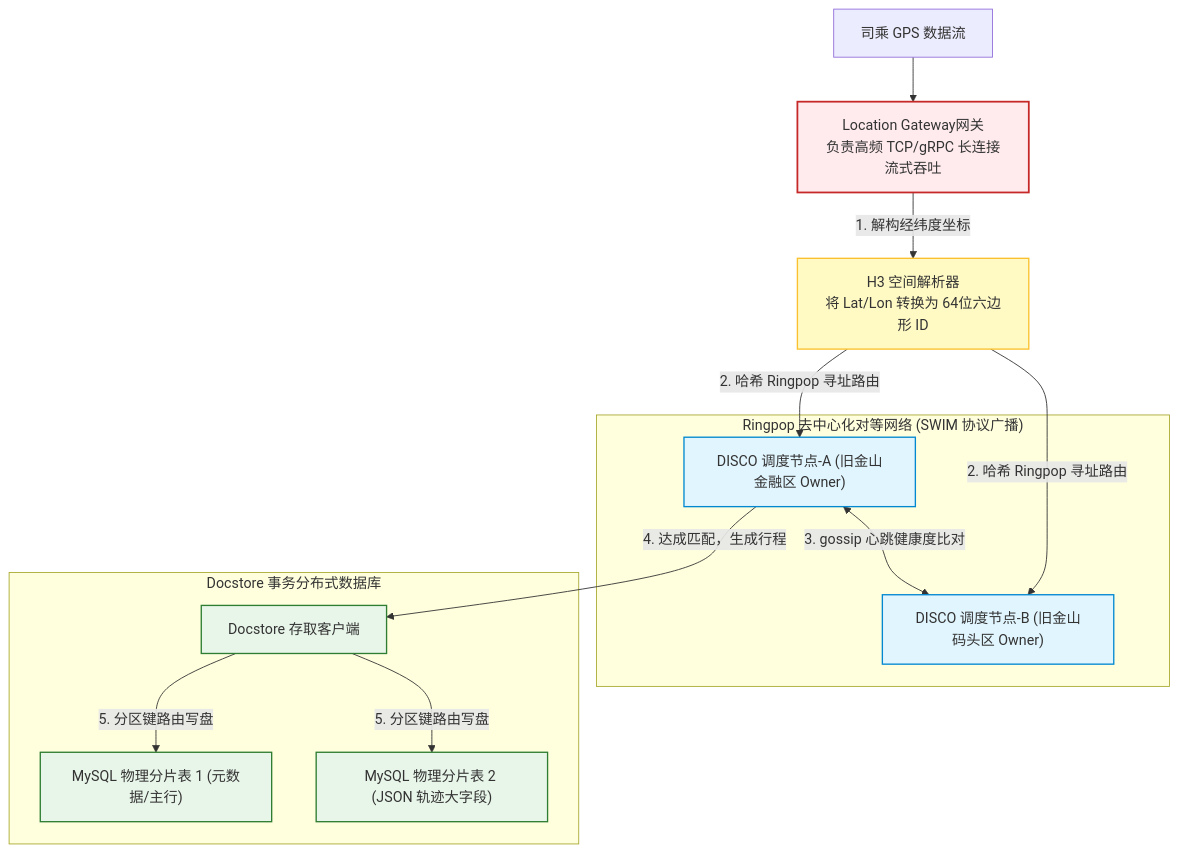
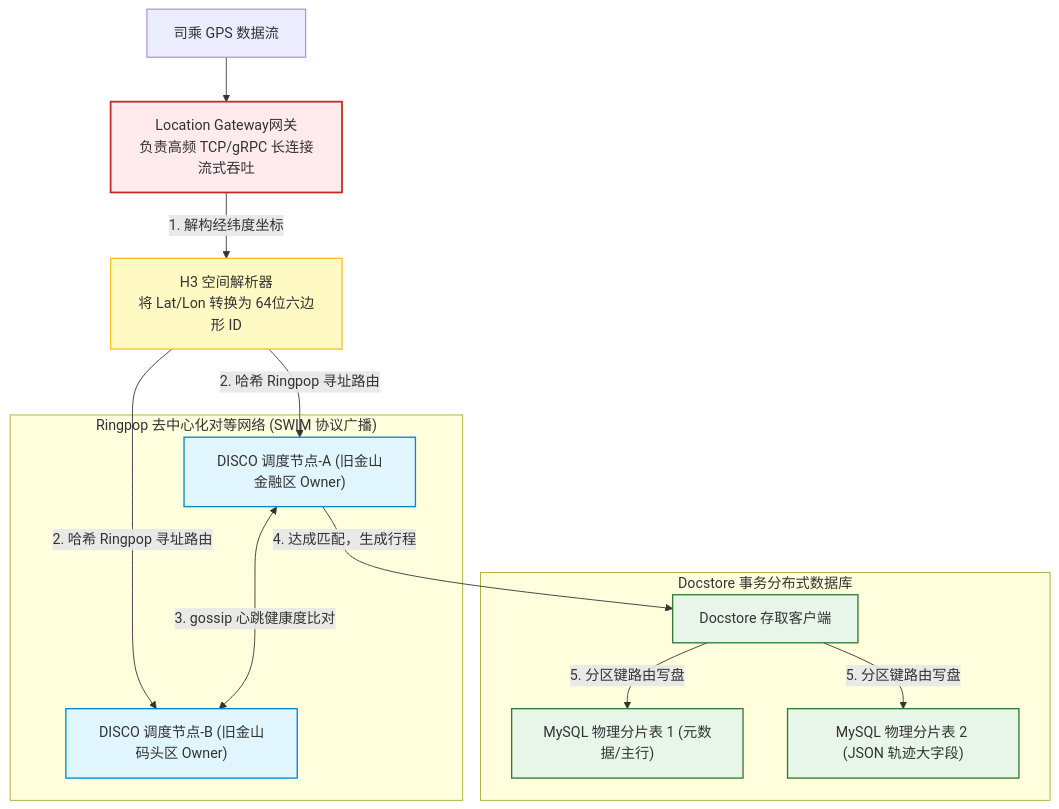
The third of 8 diagrams in docs/atlas/uber.mdx (koosai/AI-Architect-Learning), drawn with Mermaid before and after one commit. The commit also changed other lines of this file and 68 other files, not shown here.

Commit message:
fix(atlas): fix browser client-side Mermaid rendering for mindmaps and flowcharts across 67 case studies

````diff
--- a/docs/atlas/uber.mdx
+++ b/docs/atlas/uber.mdx
@@ -158,25 +158,25 @@
 ```mermaid
 graph TB
   classDef gateway fill:#ffebee,stroke:#c62828,stroke-width:2px;
   classDef coordinate fill:#fff9c4,stroke:#fbc02d,stroke-width:1.5px;
   classDef dispatch fill:#e1f5fe,stroke:#0288d1,stroke-width:1.5px;
   classDef database fill:#e8f5e9,stroke:#2e7d32,stroke-width:1.5px;
 
   LocationIngest["司乘 GPS 数据流"] --> LocationGateway["Location Gateway网关<br/>负责高频 TCP/gRPC 长连接流式吞吐"]:::gateway
   
   LocationGateway -->|1. 解构经纬度坐标| H3Resolver["H3 空间解析器<br/>将 Lat/Lon 转换为 64位六边形 ID"]:::coordinate
   
   H3Resolver -->|2. 哈希 Ringpop 寻址路由| DiscoNodeA["DISCO 调度节点-A (旧金山金融区 Owner)"]:::dispatch
   H3Resolver -->|2. 哈希 Ringpop 寻址路由| DiscoNodeB["DISCO 调度节点-B (旧金山码头区 Owner)"]:::dispatch
   
   subgraph RingpopCluster ["Ringpop 去中心化对等网络 (SWIM 协议广播)"]
-    DiscoNodeA <-->|3. gossip 心跳健康度比对| DiscoNodeB
+    DiscoNodeA <--->|3. gossip 心跳健康度比对| DiscoNodeB
   end
   
   DiscoNodeA -->|4. 达成匹配，生成行程| DocstoreClient["Docstore 存取客户端"]:::database
   
   subgraph DocstoreEngine ["Docstore 事务分布式数据库"]
     DocstoreClient -->|5. 分区键路由写盘| MySQLShard1["MySQL 物理分片表 1 (元数据/主行)"]:::database
     DocstoreClient -->|5. 分区键路由写盘| MySQLShard2["MySQL 物理分片表 2 (JSON 轨迹大字段)"]:::database
   end
 ```
````
